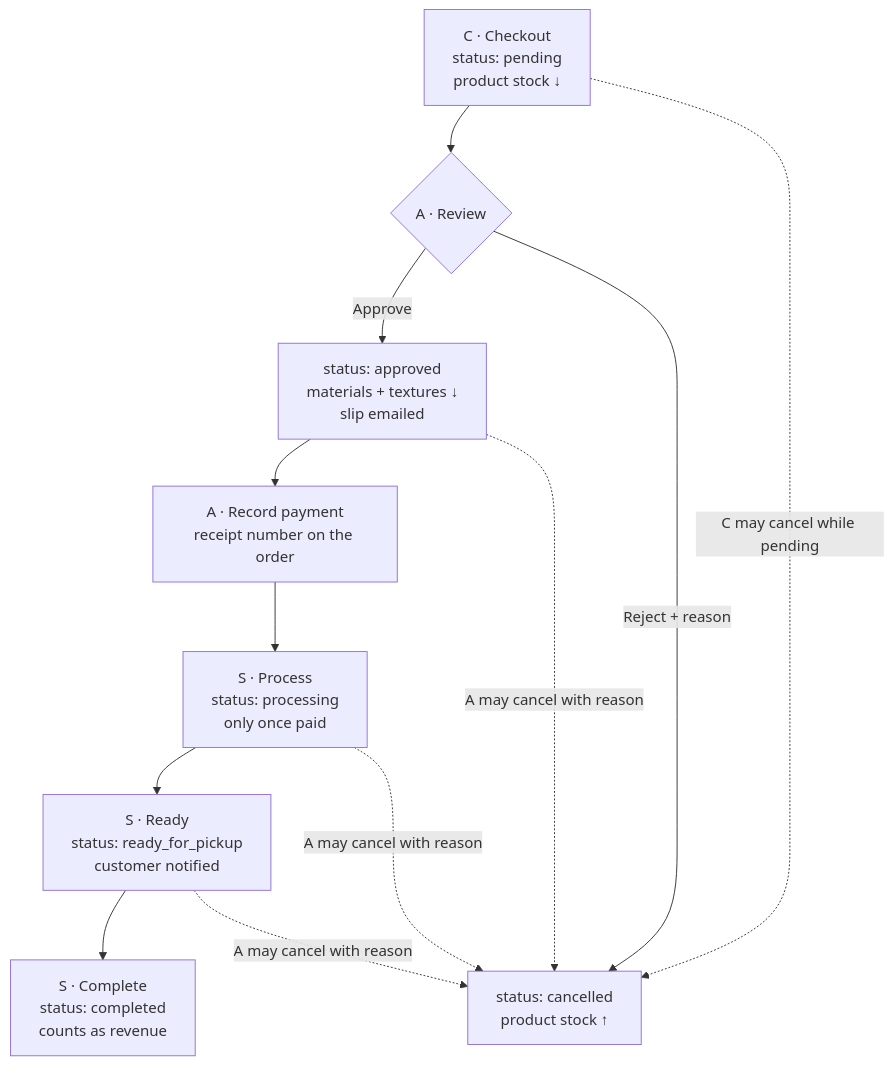
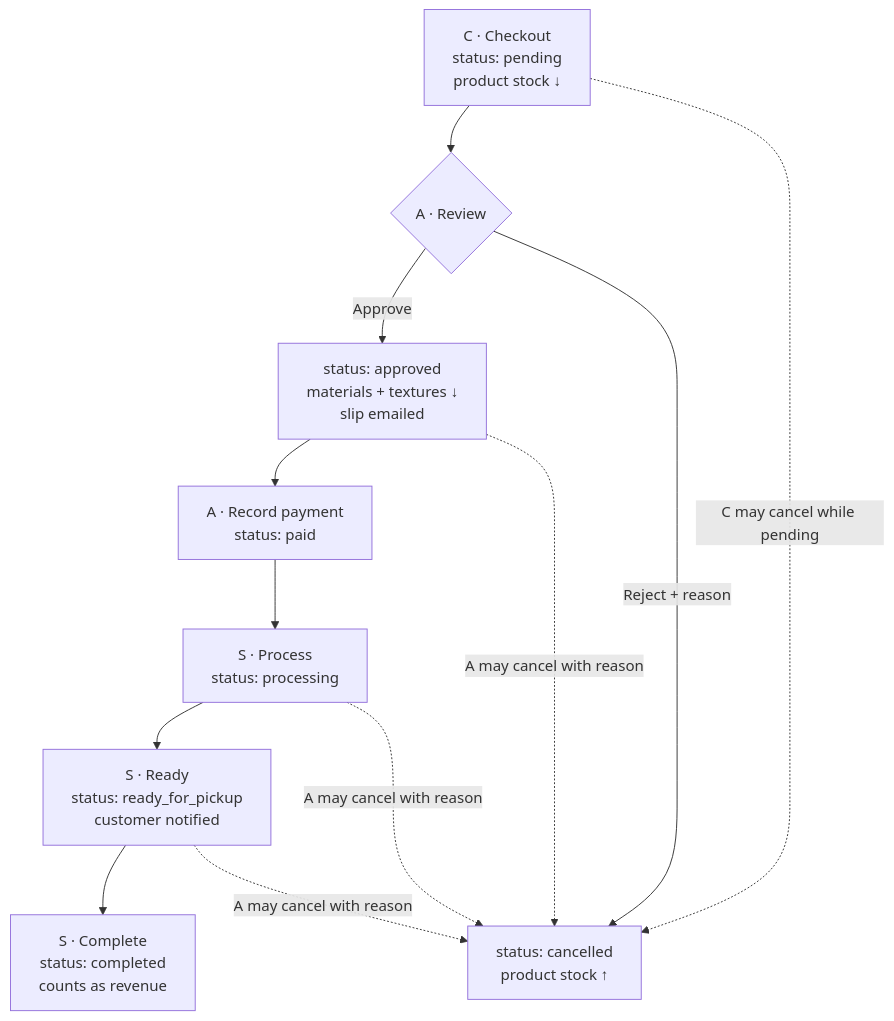
Before and after one commit to genuwin14/FabLab: the third of 6 diagrams in backend/docs/UserGuide/SystemProcess.md, drawn with Mermaid. The commit also changed other lines of this file and 26 other files, not shown here.

First line of the commit message:
feat(orders): give paid orders a status of their own

````diff
--- a/backend/docs/UserGuide/SystemProcess.md
+++ b/backend/docs/UserGuide/SystemProcess.md
@@ -337,14 +337,14 @@
 ```mermaid
 flowchart TD
     A["C · Checkout<br/>status: pending<br/>product stock ↓"] --> B{"A · Review"}
     B -- "Approve" --> C["status: approved<br/>materials + textures ↓<br/>slip emailed"]
     B -- "Reject + reason" --> X["status: cancelled<br/>product stock ↑"]
-    C --> C2["A · Record payment<br/>receipt number on the order"]
-    C2 --> D["S · Process<br/>status: processing<br/>only once paid"]
+    C --> C2["A · Record payment<br/>status: paid"]
+    C2 --> D["S · Process<br/>status: processing"]
     D --> E["S · Ready<br/>status: ready_for_pickup<br/>customer notified"]
     E --> F["S · Complete<br/>status: completed<br/>counts as revenue"]
     A -. "C may cancel while pending" .-> X
     C -. "A may cancel with reason" .-> X
     D -. "A may cancel with reason" .-> X
     E -. "A may cancel with reason" .-> X
 ```
````
